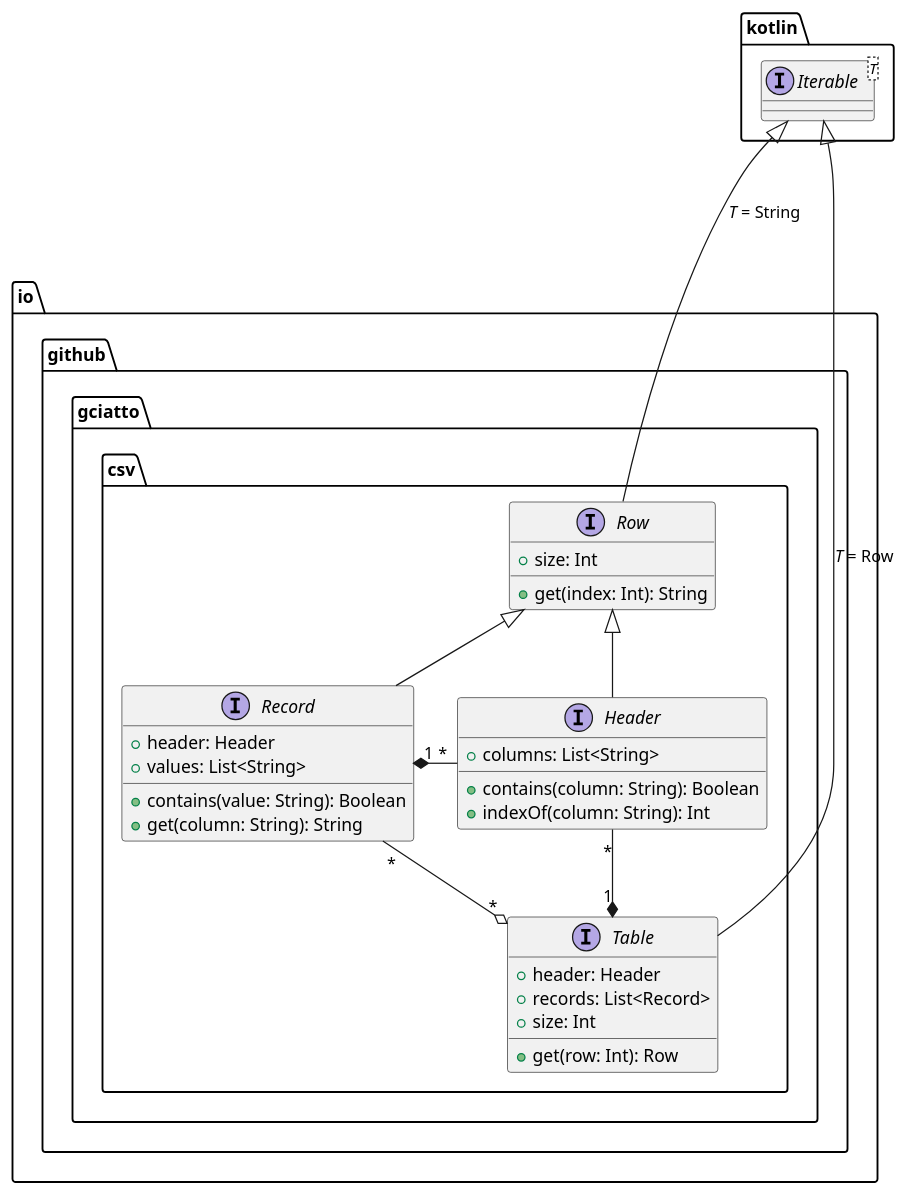
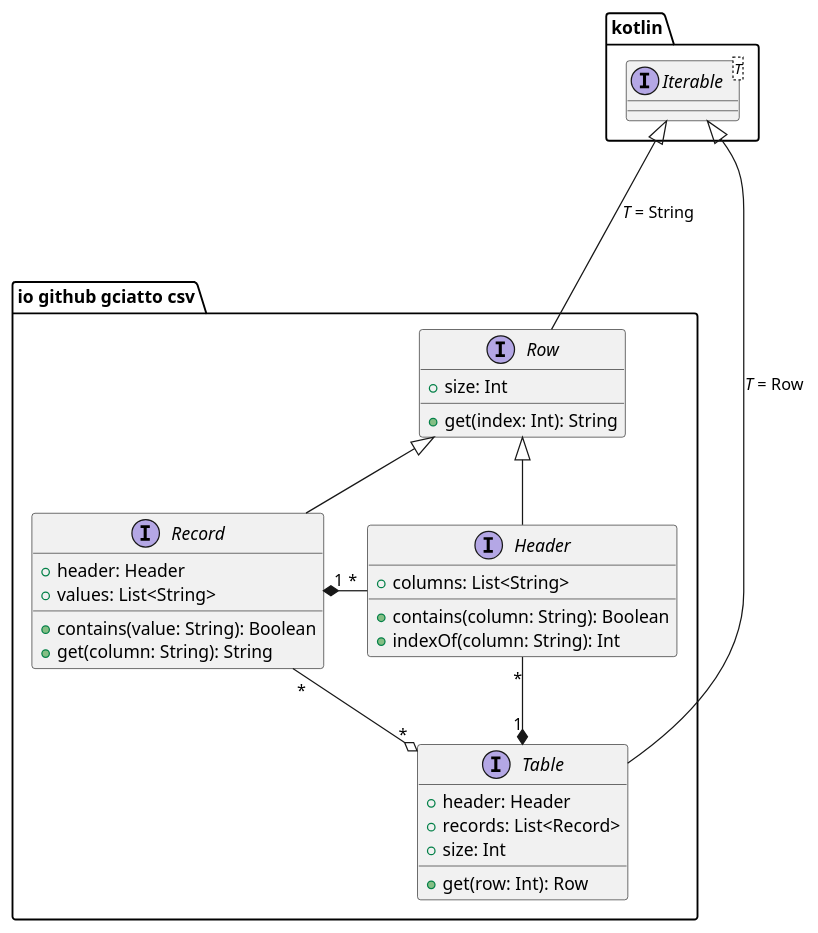
One commit to gciatto/mpp4rs-slides changed the first of 5 diagrams in content/02-WOBA/_index.md. Above: the diagram before and after it, drawn with PlantUML. The commit also changed other lines of this file and 2 other files, not shown here.

Commit message:
fix: plantuml support

```diff
--- a/content/02-WOBA/_index.md
+++ b/content/02-WOBA/_index.md
@@ -508,47 +508,47 @@
-{{< plantuml >}}
+{{< plantuml width="50%" >}}
 top to bottom direction
 
 package "kotlin" {
     interface Iterable<T>
 }
 
-package "io.github.gciatto.csv" {
+package "io github gciatto csv" {
 
     interface Row {
         + get(index: Int): String
         + size: Int
     }
 
     Row -up-|> Iterable: //T// = String
 
     interface Header {
         + columns: List<String>
         + contains(column: String): Boolean
         + indexOf(column: String): Int
     }
 
     Row <|-- Header
 
     interface Record {
         + header: Header
         + values: List<String>
         + contains(value: String): Boolean
         + get(column: String): String
     }
 
     Row <|-- Record
 
     Record "1" *-right- "*" Header
 
     interface Table {
         + header: Header
         + records: List<Record>
         + get(row: Int): Row
         + size: Int
     }
     
     Table "1" *-u- "*" Header
     Table "*" o-u- "*" Record
     Table -u----|> Iterable: //T// = Row
 }
 {{< /plantuml >}}
```
